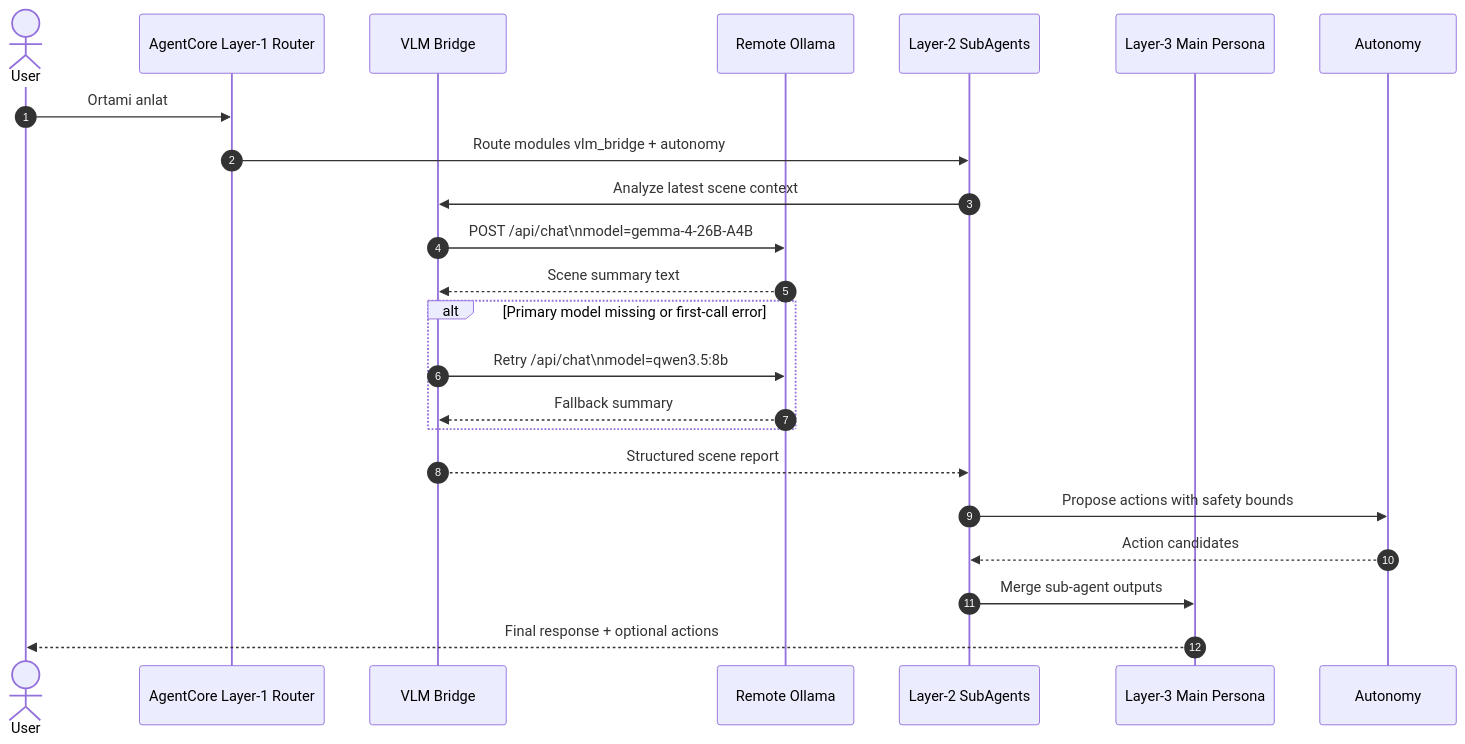
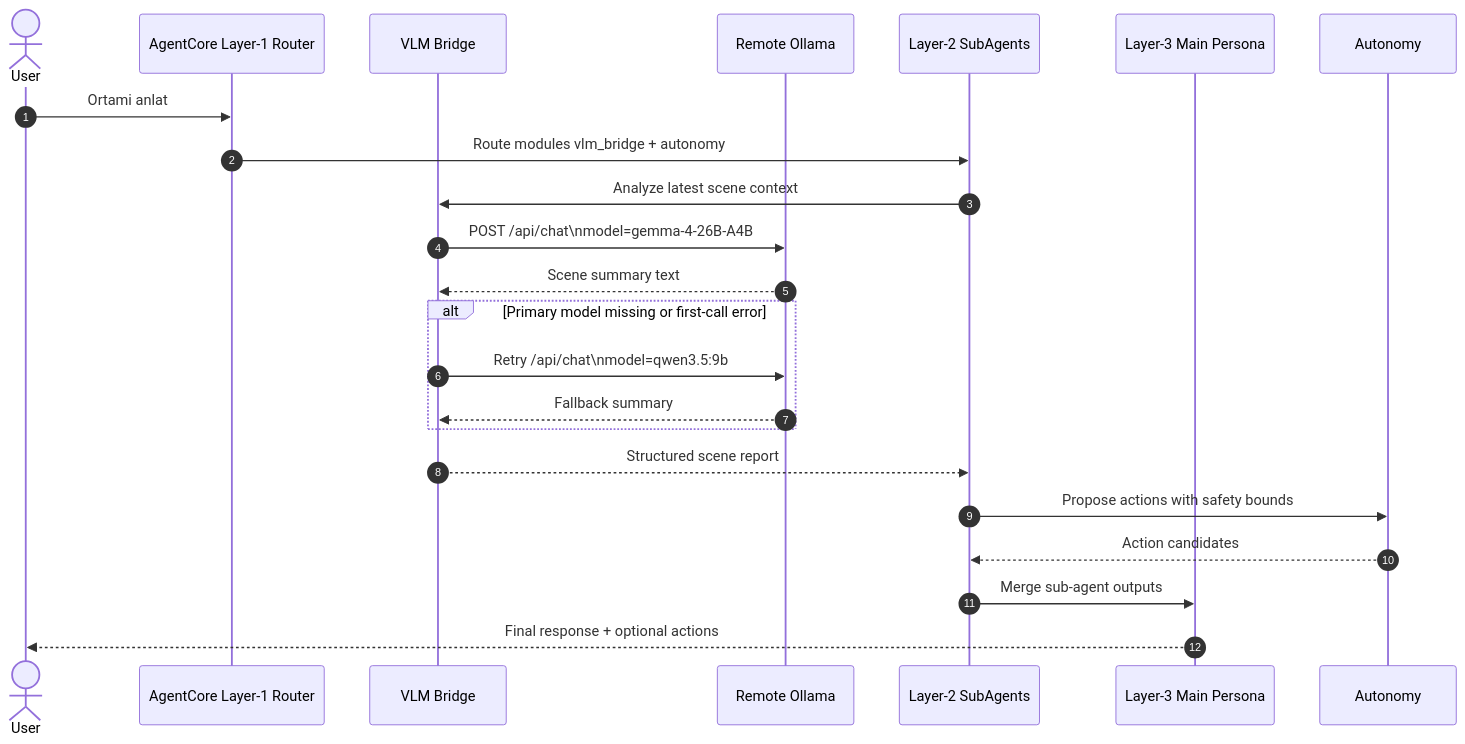
One commit to SentryCoderDev/SentryBOT changed the diagram in docs/vlm_tri_layer_workflow.md. Above: the diagram before and after it, drawn with Mermaid. The commit also changed other lines of this file, not shown here.

Commit message:
docs: update vlm tri-layer workflow diagram for qwen3.5:9b

````diff
--- a/docs/vlm_tri_layer_workflow.md
+++ b/docs/vlm_tri_layer_workflow.md
@@ -11,28 +11,28 @@
 ```mermaid
 sequenceDiagram
     autonumber
     actor U as User
     participant L1 as AgentCore Layer-1 Router
     participant V as VLM Bridge
     participant O as Remote Ollama
     participant L2 as Layer-2 SubAgents
     participant L3 as Layer-3 Main Persona
     participant A as Autonomy
 
     U->>L1: Ortami anlat
     L1->>L2: Route modules vlm_bridge + autonomy
     L2->>V: Analyze latest scene context
     V->>O: POST /api/chat\nmodel=gemma-4-26B-A4B
     O-->>V: Scene summary text
 
     alt Primary model missing or first-call error
-        V->>O: Retry /api/chat\nmodel=qwen3.5:8b
+        V->>O: Retry /api/chat\nmodel=qwen3.5:9b
         O-->>V: Fallback summary
     end
 
     V-->>L2: Structured scene report
     L2->>A: Propose actions with safety bounds
     A-->>L2: Action candidates
     L2->>L3: Merge sub-agent outputs
     L3-->>U: Final response + optional actions
 ```
````
